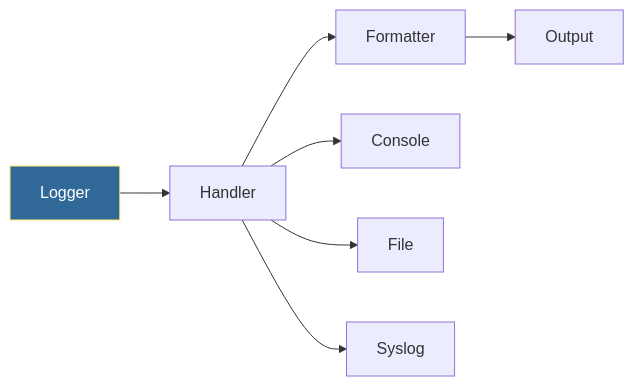
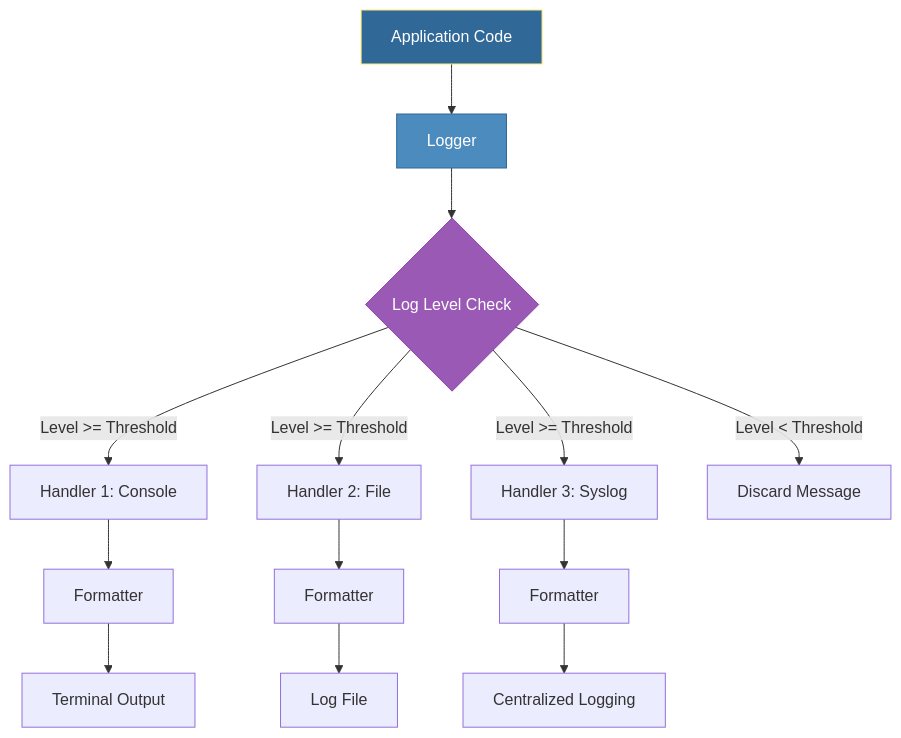
The first of 3 diagrams in 1-Beginner/02-Phase-2/01-Automation/02-Python-Basics/14-Logging-Basics/README.md (Ganil151/Devops), drawn with Mermaid before and after one commit. The commit also changed other lines of this file and 74 other files, not shown here.

````diff
--- a/1-Beginner/02-Phase-2/01-Automation/02-Python-Basics/14-Logging-Basics/README.md
+++ b/1-Beginner/02-Phase-2/01-Automation/02-Python-Basics/14-Logging-Basics/README.md
@@ -18,12 +20,22 @@
 ```mermaid
-flowchart LR
-    A[Logger] --> B[Handler]
-    B --> C[Formatter]
-    C --> D[Output]
+flowchart TD
+    A[Application Code] --> B[Logger]
     
-    B --> E[Console]
-    B --> F[File]
-    B --> G[Syslog]
+    B --> C{Log Level Check}
+    C -->|Level >= Threshold| D[Handler 1: Console]
+    C -->|Level >= Threshold| E[Handler 2: File]
+    C -->|Level >= Threshold| F[Handler 3: Syslog]
+    C -->|Level < Threshold| G[Discard Message]
+    
+    D --> H[Formatter]
+    E --> I[Formatter]
+    F --> J[Formatter]
+    
+    H --> K[Terminal Output]
+    I --> L[Log File]
+    J --> M[Centralized Logging]
     
     style A fill:#306998,stroke:#ffe873,color:#fff
+    style B fill:#4b8bbe,stroke:#306998,color:#fff
+    style C fill:#9b59b6,stroke:#8e44ad,color:#fff
 ```
````
